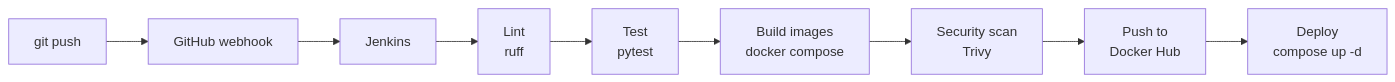
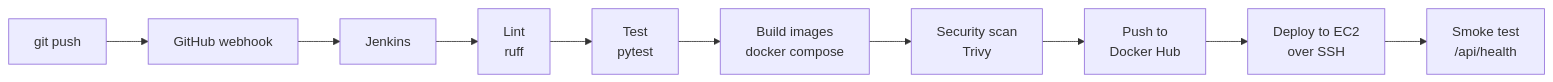
One commit to ruchitasingla/mental_health_recorder changed the second of 2 diagrams in README.md. Above: the diagram before and after it, drawn with Mermaid. The commit also changed other lines of this file, not shown here.

````diff
--- a/README.md
+++ b/README.md
@@ -78,11 +84,12 @@
 ```mermaid
 flowchart LR
     A[git push] --> B[GitHub webhook]
     B --> C[Jenkins]
     C --> D[Lint<br/>ruff]
     D --> E[Test<br/>pytest]
     E --> F[Build images<br/>docker compose]
     F --> S[Security scan<br/>Trivy]
     S --> G[Push to<br/>Docker Hub]
-    G --> H[Deploy<br/>compose up -d]
+    G --> H[Deploy to EC2<br/>over SSH]
+    H --> T[Smoke test<br/>/api/health]
 ```
````
